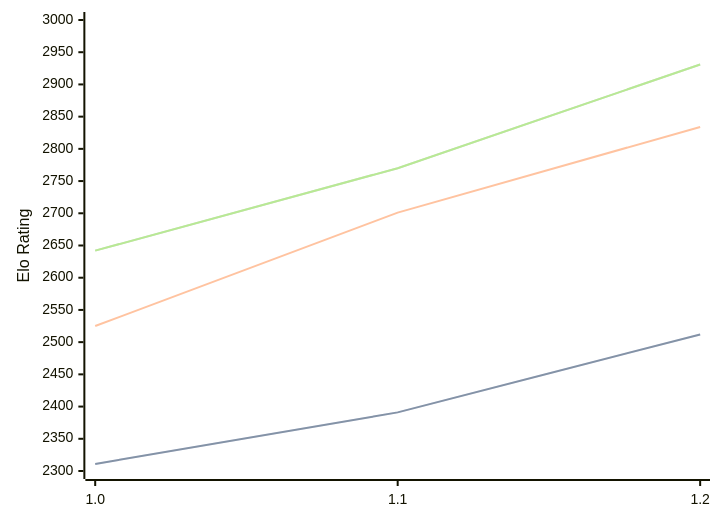
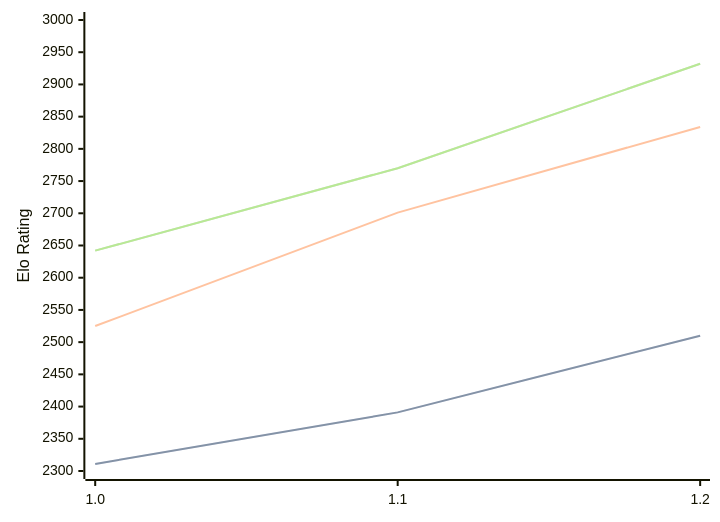
The diagram in engines/FoxChess.md (computer-chess-index/cci), drawn with Mermaid before and after one commit. The commit also changed other lines of this file, not shown here.

Commit message:
Update CCI Ratings (ELO VLTC) - 2026-08-19

````diff
--- a/engines/FoxChess.md
+++ b/engines/FoxChess.md
@@ -33,11 +33,11 @@
 ```mermaid
 %%{init: {"theme":"base","themeVariables":{"seriesColors:['#a3a3a3','#222221','#faa371']}}}%%
 xychart-beta
   x-axis ["1.0", "1.1", "1.2"]
   y-axis "Elo Rating" 2300 --> 3000
-  line "STC (8.0+0.08s)" [2311, 2391, 2512]
-  line "STC (8.0+0.08s)" [2311, 2391, 2512]
+  line "STC (8.0+0.08s)" [2311, 2391, 2510]
+  line "STC (8.0+0.08s)" [2311, 2391, 2510]
   line "LTC (60.0+0.60s)" [2525, 2701, 2834]
-  line "VLTC (2m24s+1.12s)" [2642, 2770, 2931]
-  line "VLTC (2m24s+1.12s)" [2642, 2770, 2931]
+  line "VLTC (2m24s+1.12s)" [2642, 2770, 2932]
+  line "VLTC (2m24s+1.12s)" [2642, 2770, 2932]
 ```
````
